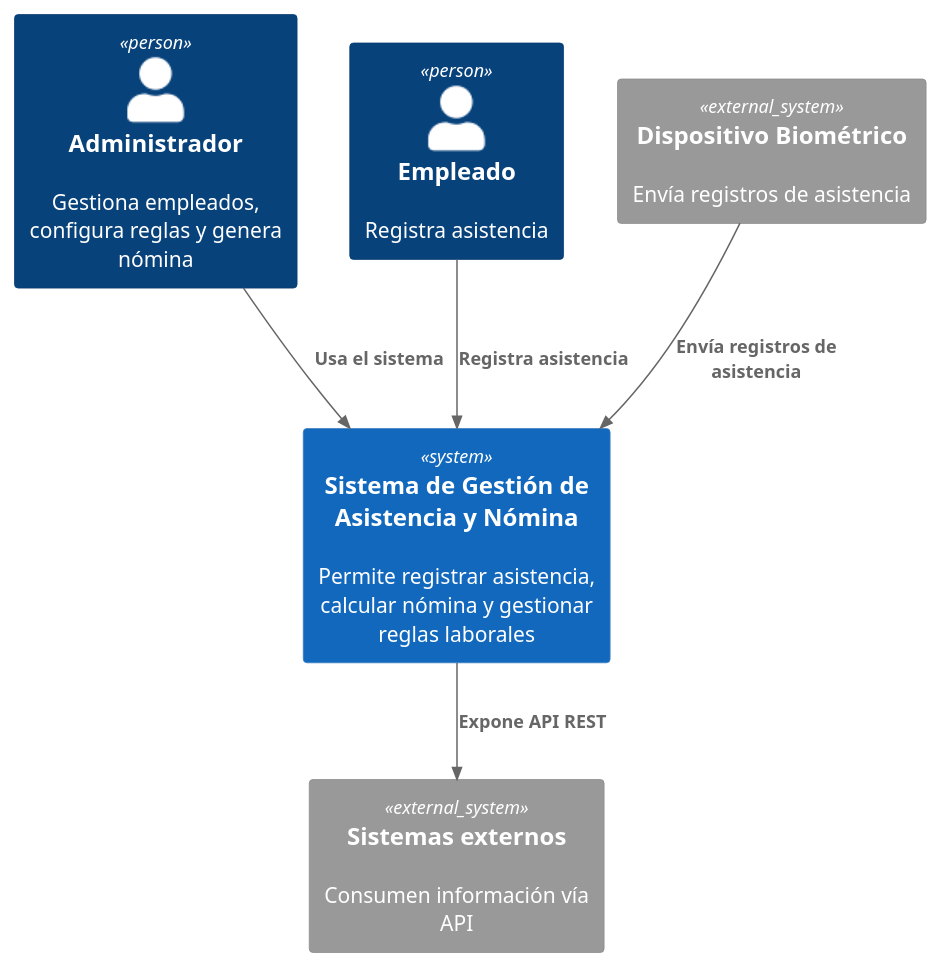
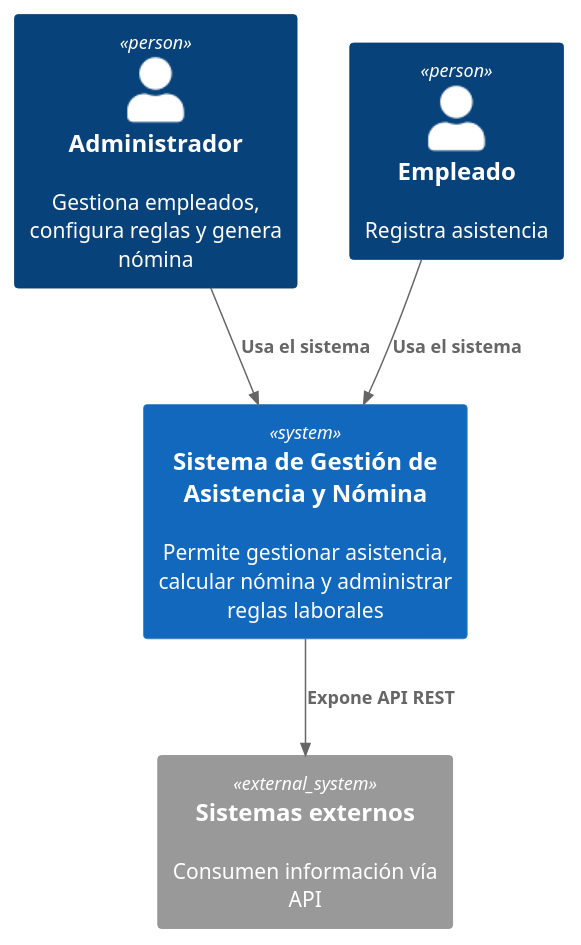
Before and after one commit to sisgal-platform/sisgal-docs: the diagram in docs/diagrams/source/context.puml, drawn with PlantUML.

Commit message:
docs: remove unimplemented biometric integration from context diagram

```diff
--- a/docs/diagrams/source/context.puml
+++ b/docs/diagrams/source/context.puml
@@ -1,18 +1,15 @@
 @startuml C4_Context
 !include https://raw.githubusercontent.com/plantuml-stdlib/C4-PlantUML/master/C4_Context.puml
 
 Person(admin, "Administrador", "Gestiona empleados, configura reglas y genera nómina")
 Person(employee, "Empleado", "Registra asistencia")
 
-System(system, "Sistema de Gestión de Asistencia y Nómina", "Permite registrar asistencia, calcular nómina y gestionar reglas laborales")
+System(system, "Sistema de Gestión de Asistencia y Nómina", "Permite gestionar asistencia, calcular nómina y administrar reglas laborales")
 
-System_Ext(biometric, "Dispositivo Biométrico", "Envía registros de asistencia")
 System_Ext(external_api, "Sistemas externos", "Consumen información vía API")
 
 Rel(admin, system, "Usa el sistema")
-Rel(employee, system, "Registra asistencia")
-
-Rel(biometric, system, "Envía registros de asistencia")
+Rel(employee, system, "Usa el sistema")
 Rel(system, external_api, "Expone API REST")
 
 @enduml
```
